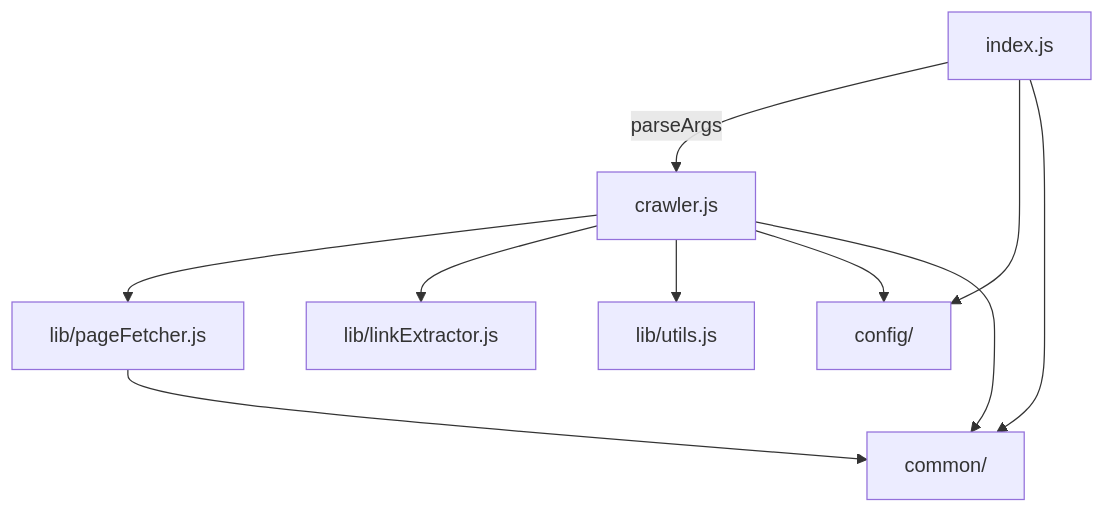
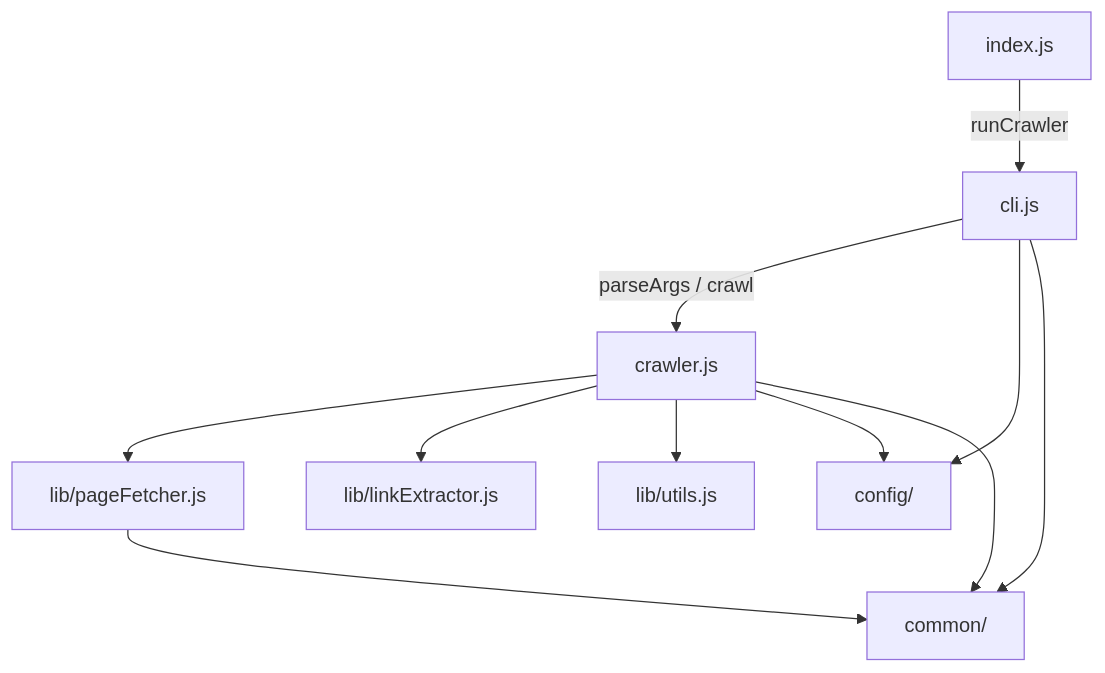
The diagram in README.md (andygb1979/zego-crawler), drawn with Mermaid before and after one commit. The commit also changed other lines of this file and 9 other files, not shown here.

First line of the commit message:
Simplify crawler architecture and update README for cli.js split.

````diff
--- a/README.md
+++ b/README.md
@@ -153,12 +154,13 @@
 ```mermaid
 flowchart TD
-  CLI[index.js] -->|parseArgs| Crawler[crawler.js]
+  Entry[index.js] -->|runCrawler| CLI[cli.js]
+  CLI -->|parseArgs / crawl| Crawler[crawler.js]
   Crawler --> Fetcher[lib/pageFetcher.js]
   Crawler --> Links[lib/linkExtractor.js]
   Crawler --> Utils[lib/utils.js]
   CLI --> Config[config/]
   Crawler --> Config
   Fetcher --> Common[common/]
   CLI --> Common
   Crawler --> Common
 ```
````
